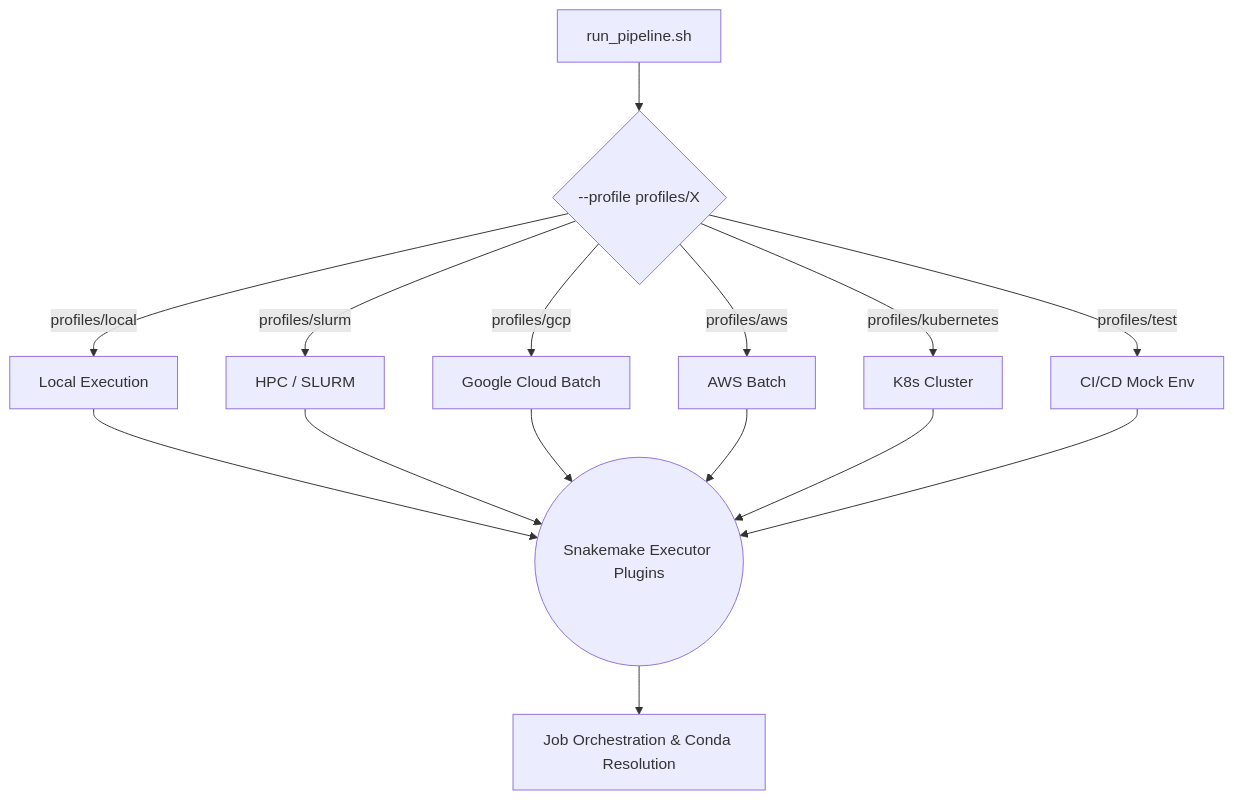
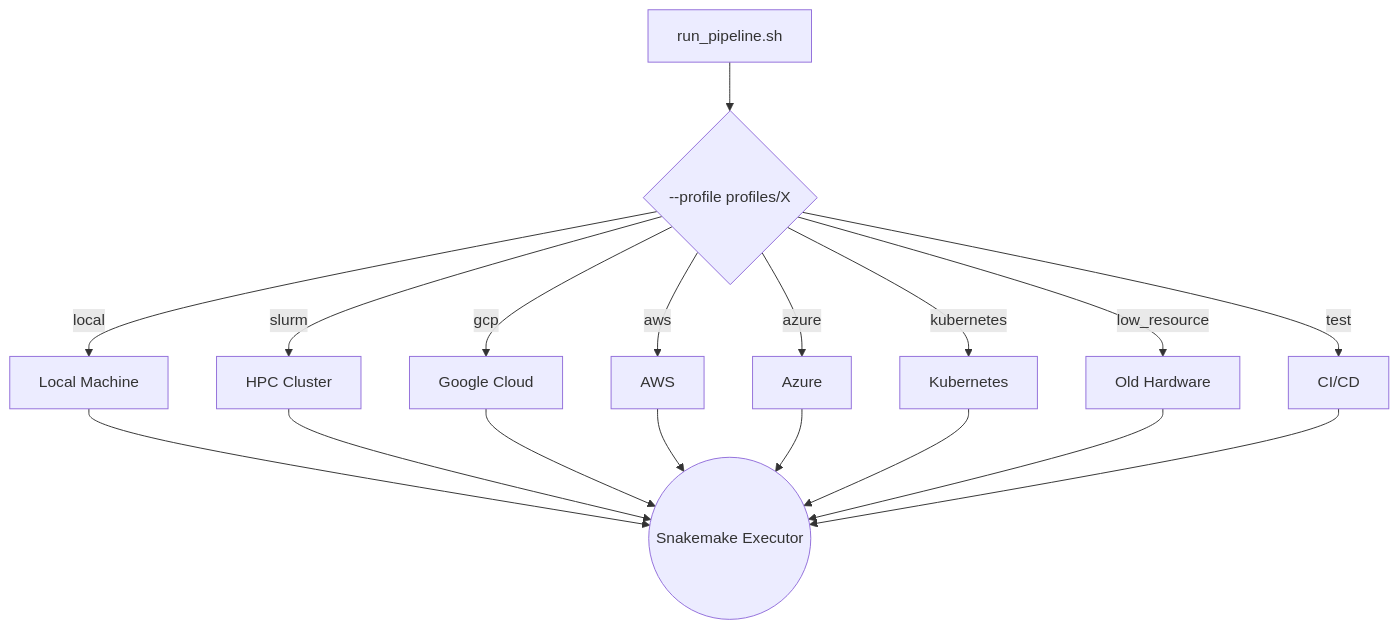
Before and after one commit to BDB-Genomics/bdb-rnaseq: the diagram in profiles/README.md, drawn with Mermaid. The commit also changed other lines of this file and 7 other files, not shown here.

````diff
--- a/profiles/README.md
+++ b/profiles/README.md
@@ -9,20 +9,22 @@
 ```mermaid
 graph TD
     A[run_pipeline.sh] --> B{--profile profiles/X}
     
-    B -->|profiles/local| C[Local Execution]
-    B -->|profiles/slurm| D[HPC / SLURM]
-    B -->|profiles/gcp| E[Google Cloud Batch]
-    B -->|profiles/aws| F[AWS Batch]
-    B -->|profiles/kubernetes| G[K8s Cluster]
-    B -->|profiles/test| H[CI/CD Mock Env]
+    B -->|local| C[Local Machine]
+    B -->|slurm| D[HPC Cluster]
+    B -->|gcp| E[Google Cloud]
+    B -->|aws| F[AWS]
+    B -->|azure| G[Azure]
+    B -->|kubernetes| H[Kubernetes]
+    B -->|low_resource| I[Old Hardware]
+    B -->|test| J[CI/CD]
     
-    C --> I((Snakemake Executor Plugins))
-    D --> I
-    E --> I
-    F --> I
-    G --> I
-    H --> I
-    
-    I --> J[Job Orchestration & Conda Resolution]
+    C --> K((Snakemake Executor))
+    D --> K
+    E --> K
+    F --> K
+    G --> K
+    H --> K
+    I --> K
+    J --> K
 ```
````
